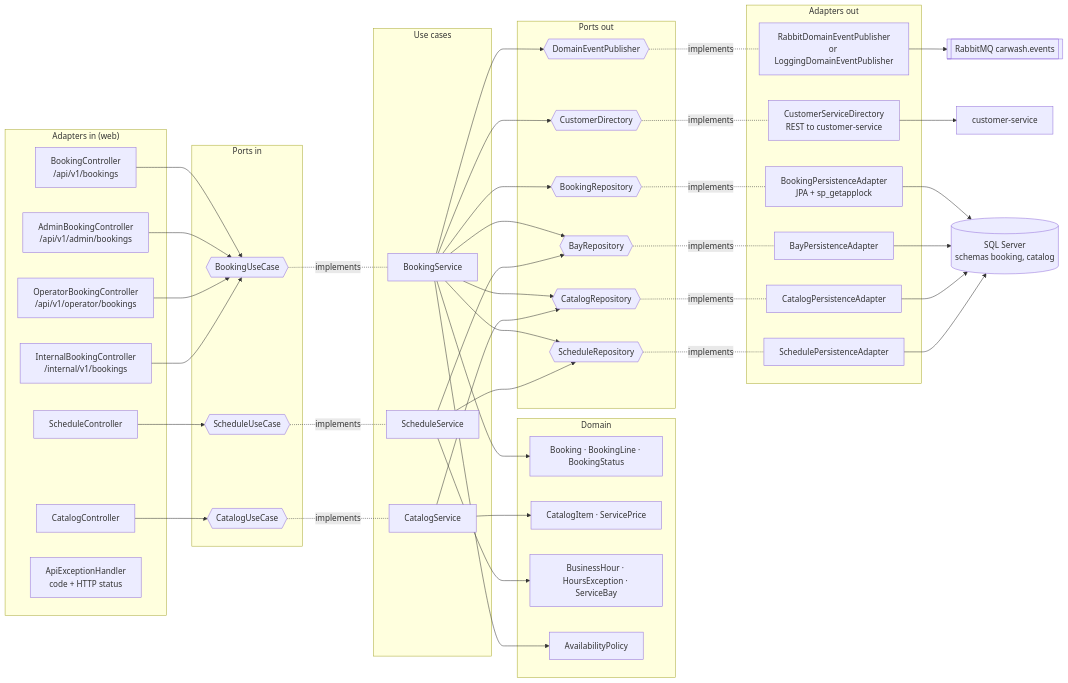
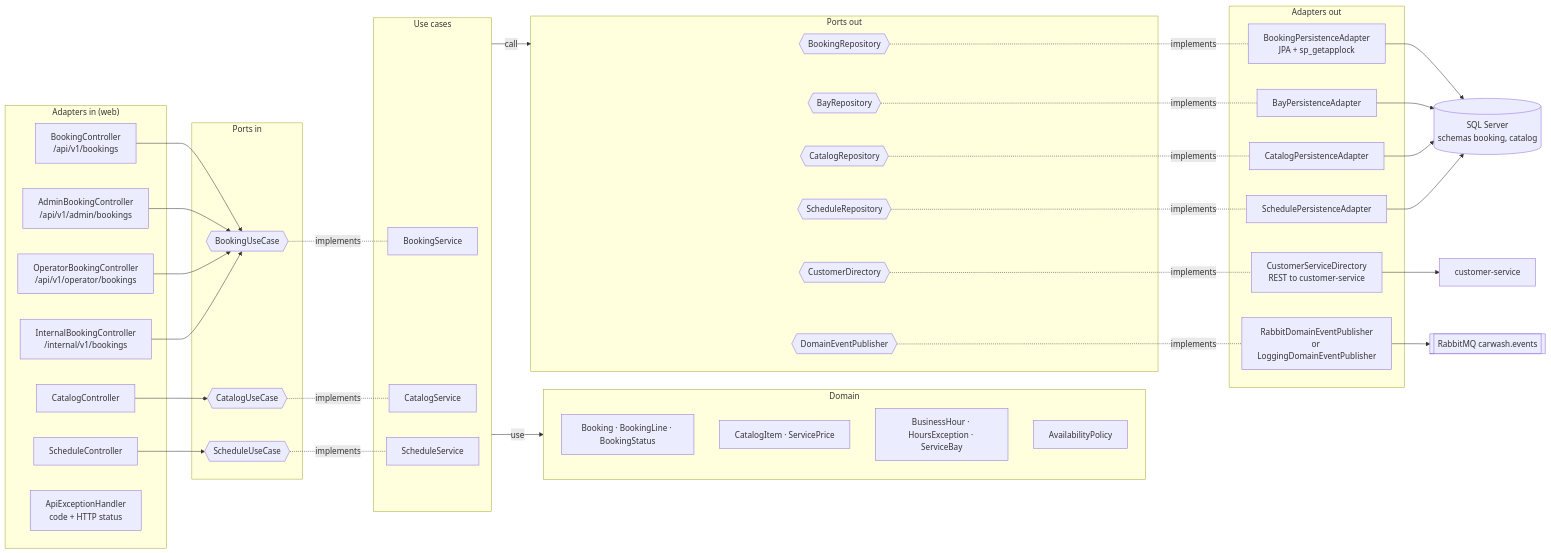
The diagram in 08-uml/diagrams/source/c3-booking-components.md (code-sena/vehicle-w-docs), drawn with Mermaid before and after one commit. The commit also changed other lines of this file and 20 other files, not shown here.

First line of the commit message:
docs(uml): align the diagrams with the code and keep them free of crossing lines

````diff
--- a/08-uml/diagrams/source/c3-booking-components.md
+++ b/08-uml/diagrams/source/c3-booking-components.md
@@ -7,75 +7,71 @@
 ```mermaid
 flowchart LR
     subgraph IN["Adapters in (web)"]
         BC[BookingController<br/>/api/v1/bookings]
         ABC[AdminBookingController<br/>/api/v1/admin/bookings]
         OBC[OperatorBookingController<br/>/api/v1/operator/bookings]
         IBC[InternalBookingController<br/>/internal/v1/bookings]
         CC[CatalogController]
         SC[ScheduleController]
         EH[ApiExceptionHandler<br/>code + HTTP status]
     end
 
     subgraph PIN["Ports in"]
         BU{{BookingUseCase}}
         CU{{CatalogUseCase}}
         SU{{ScheduleUseCase}}
     end
 
     subgraph APP["Use cases"]
         BS[BookingService]
         CS[CatalogService]
         SS[ScheduleService]
     end
 
     subgraph DOM["Domain"]
         B[Booking · BookingLine · BookingStatus]
         CAT[CatalogItem · ServicePrice]
         SCH[BusinessHour · HoursException · ServiceBay]
         AP[AvailabilityPolicy]
     end
 
     subgraph POUT["Ports out"]
         BR{{BookingRepository}}
         BAR{{BayRepository}}
         CR{{CatalogRepository}}
         SR{{ScheduleRepository}}
         CD{{CustomerDirectory}}
         EP{{DomainEventPublisher}}
     end
 
     subgraph OUT["Adapters out"]
         BPA[BookingPersistenceAdapter<br/>JPA + sp_getapplock]
         BAPA[BayPersistenceAdapter]
         CPA[CatalogPersistenceAdapter]
         SPA[SchedulePersistenceAdapter]
         CSD[CustomerServiceDirectory<br/>REST to customer-service]
         RP[RabbitDomainEventPublisher<br/>or LoggingDomainEventPublisher]
     end
 
     db[(SQL Server<br/>schemas booking, catalog)]
     customer[customer-service]
     mq[[RabbitMQ carwash.events]]
 
     BC & ABC & OBC & IBC --> BU
     CC --> CU
     SC --> SU
     BU -.implements.- BS
     CU -.implements.- CS
     SU -.implements.- SS
-    BS --> B & AP
-    CS --> CAT
-    SS --> SCH
-    BS --> BR & BAR & CR & SR & CD & EP
-    CS --> CR
-    SS --> SR & BAR
+    APP -- "use" --> DOM
+    APP -- "call" --> POUT
     BR -.implements.- BPA
     BAR -.implements.- BAPA
     CR -.implements.- CPA
     SR -.implements.- SPA
     CD -.implements.- CSD
     EP -.implements.- RP
     BPA & BAPA & CPA & SPA --> db
     CSD --> customer
     RP --> mq
 ```
````
